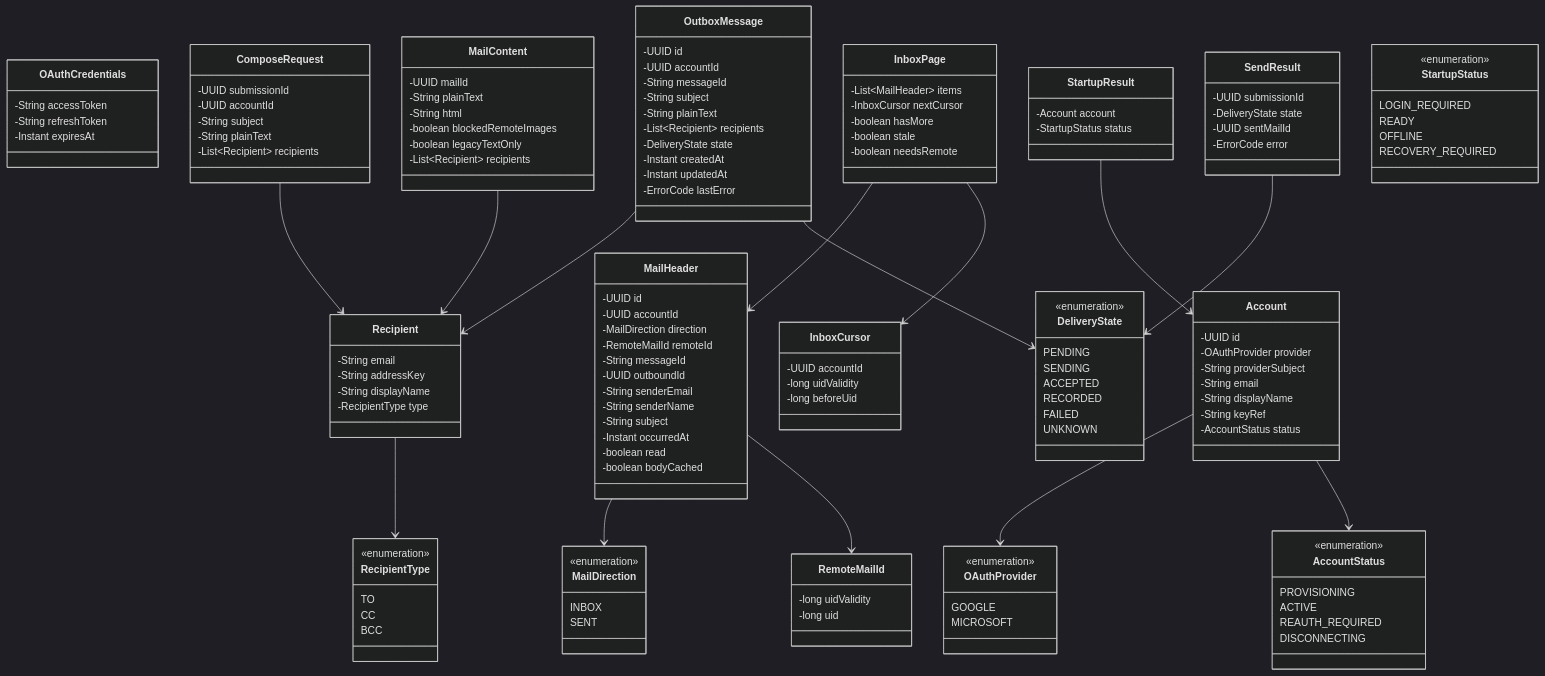
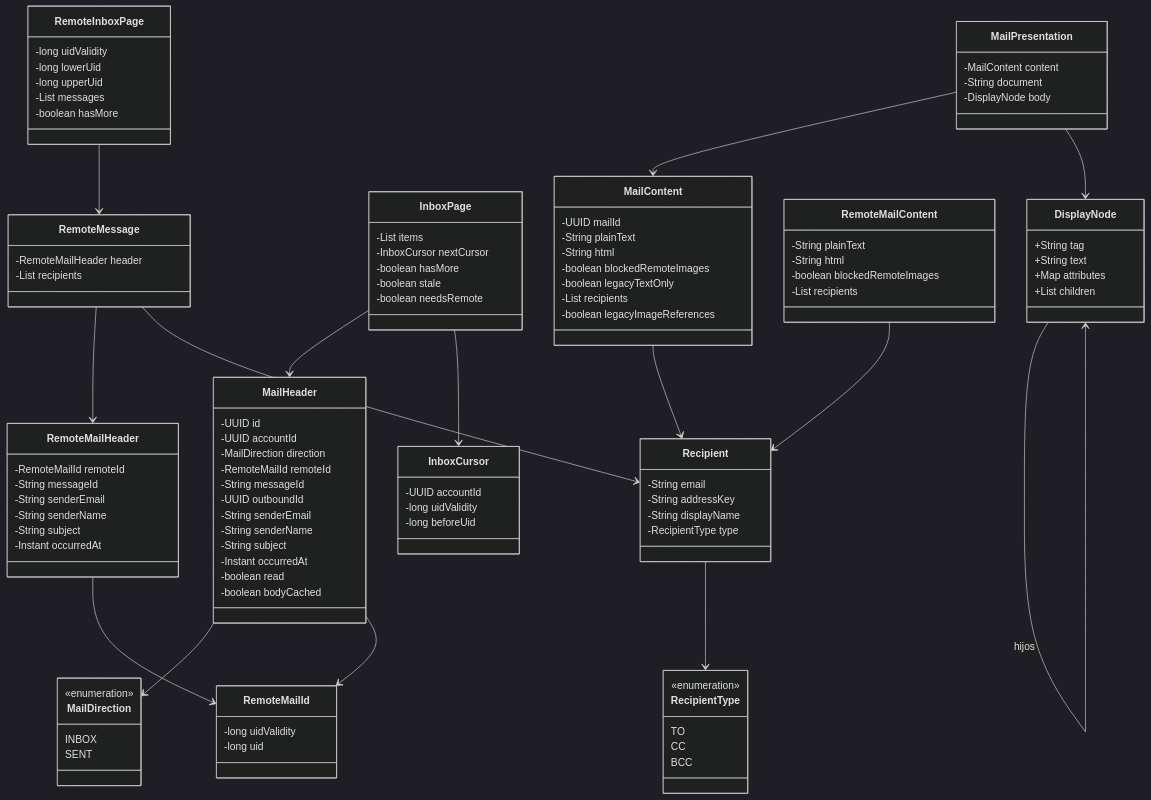
The second of 3 diagrams in docs/arquitectura/diagramas/uml-model.md (JuanPablo72000/evermail), drawn with Mermaid (dark theme) before and after one commit. The commit also changed 25 other files, not shown here.

````diff
--- a/docs/arquitectura/diagramas/uml-model.md
+++ b/docs/arquitectura/diagramas/uml-model.md
@@ -5,19 +76,5 @@
 ```mermaid
 classDiagram
-    class Account {
-        -UUID id
-        -OAuthProvider provider
-        -String providerSubject
-        -String email
-        -String displayName
-        -String keyRef
-        -AccountStatus status
-    }
-    class OAuthCredentials {
-        -String accessToken
-        -String refreshToken
-        -Instant expiresAt
-    }
     class MailHeader {
         -UUID id
         -UUID accountId
@@ -32,6 +89,11 @@
         -boolean read
         -boolean bodyCached
     }
+    class MailDirection {
+        <<enumeration>>
+        INBOX
+        SENT
+    }
     class RemoteMailId {
         -long uidValidity
         -long uid
@@ -42,7 +104,8 @@
         -String html
         -boolean blockedRemoteImages
         -boolean legacyTextOnly
-        -List~Recipient~ recipients
+        -List recipients
+        -boolean legacyImageReferences
     }
     class Recipient {
         -String email
@@ -50,24 +113,11 @@
         -String displayName
         -RecipientType type
     }
-    class ComposeRequest {
-        -UUID submissionId
-        -UUID accountId
-        -String subject
-        -String plainText
-        -List~Recipient~ recipients
-    }
-    class OutboxMessage {
-        -UUID id
-        -UUID accountId
-        -String messageId
-        -String subject
-        -String plainText
-        -List~Recipient~ recipients
-        -DeliveryState state
-        -Instant createdAt
-        -Instant updatedAt
-        -ErrorCode lastError
+    class RecipientType {
+        <<enumeration>>
+        TO
+        CC
+        BCC
     }
     class InboxCursor {
         -UUID accountId
@@ -75,72 +125,60 @@
         -long beforeUid
     }
     class InboxPage {
-        -List~MailHeader~ items
+        -List items
         -InboxCursor nextCursor
         -boolean hasMore
         -boolean stale
         -boolean needsRemote
     }
-    class SendResult {
-        -UUID submissionId
-        -DeliveryState state
-        -UUID sentMailId
-        -ErrorCode error
+    class RemoteMailHeader {
+        -RemoteMailId remoteId
+        -String messageId
+        -String senderEmail
+        -String senderName
+        -String subject
+        -Instant occurredAt
     }
-    class StartupResult {
-        -Account account
-        -StartupStatus status
+    class RemoteMessage {
+        -RemoteMailHeader header
+        -List recipients
     }
-    class OAuthProvider {
-        <<enumeration>>
-        GOOGLE
-        MICROSOFT
+    class RemoteInboxPage {
+        -long uidValidity
+        -long lowerUid
+        -long upperUid
+        -List messages
+        -boolean hasMore
     }
-    class AccountStatus {
-        <<enumeration>>
-        PROVISIONING
-        ACTIVE
-        REAUTH_REQUIRED
-        DISCONNECTING
+    class RemoteMailContent {
+        -String plainText
+        -String html
+        -boolean blockedRemoteImages
+        -List recipients
     }
-    class MailDirection {
-        <<enumeration>>
-        INBOX
-        SENT
+    class MailPresentation {
+        -MailContent content
+        -String document
+        -DisplayNode body
     }
-    class RecipientType {
-        <<enumeration>>
-        TO
-        CC
-        BCC
-    }
-    class DeliveryState {
-        <<enumeration>>
-        PENDING
-        SENDING
-        ACCEPTED
-        RECORDED
-        FAILED
-        UNKNOWN
-    }
-    class StartupStatus {
-        <<enumeration>>
-        LOGIN_REQUIRED
-        READY
-        OFFLINE
-        RECOVERY_REQUIRED
-    }
-    Account --> OAuthProvider
-    Account --> AccountStatus
     MailHeader --> MailDirection
     MailHeader --> RemoteMailId
+    MailContent --> Recipient
     Recipient --> RecipientType
-    ComposeRequest --> Recipient
-    OutboxMessage --> Recipient
-    OutboxMessage --> DeliveryState
     InboxPage --> MailHeader
     InboxPage --> InboxCursor
-    MailContent --> Recipient
-    SendResult --> DeliveryState
-    StartupResult --> Account
+    RemoteMailHeader --> RemoteMailId
+    RemoteMessage --> RemoteMailHeader
+    RemoteMessage --> Recipient
+    RemoteInboxPage --> RemoteMessage
+    RemoteMailContent --> Recipient
+    MailPresentation --> MailContent
+    MailPresentation --> DisplayNode
+    class DisplayNode {
+        +String tag
+        +String text
+        +Map attributes
+        +List children
+    }
+    DisplayNode --> DisplayNode : hijos
 ```
````
